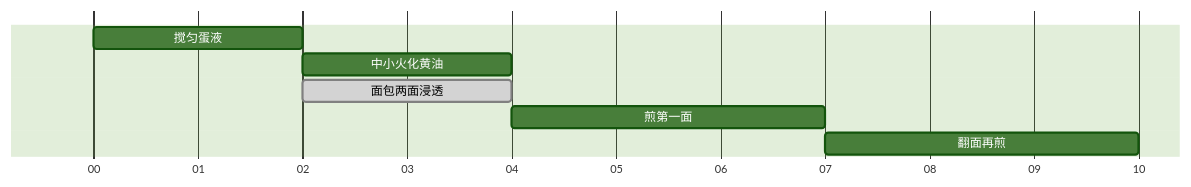
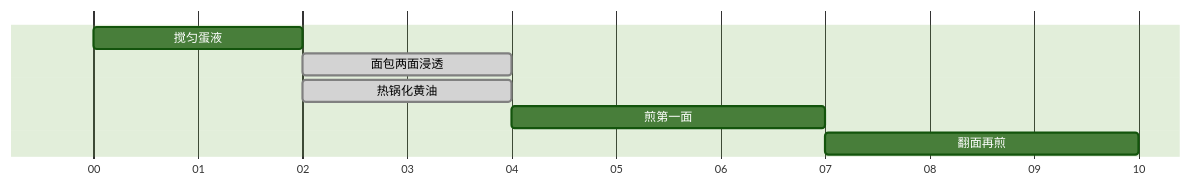
Before and after one commit to kangaroologist-ai/recipes: the diagram in recipes/breakfast/protein-french-toast.md, drawn with Mermaid (forest theme). The commit also changed other lines of this file and 12 other files, not shown here.

````diff
--- a/recipes/breakfast/protein-french-toast.md
+++ b/recipes/breakfast/protein-french-toast.md
@@ -11,11 +11,11 @@
 ```mermaid
 gantt
 dateFormat mm
 axisFormat %M
 todayMarker off
   搅匀蛋液 :wet, 00, 2m
-  中小火化黄油 :heat, 02, 2m
   面包两面浸透 :done, soak, 02, 2m
+  热锅化黄油 :done, heat, 02, 2m
   煎第一面 :fry, 04, 3m
   翻面再煎 :flip, 07, 3m
 ```
````
